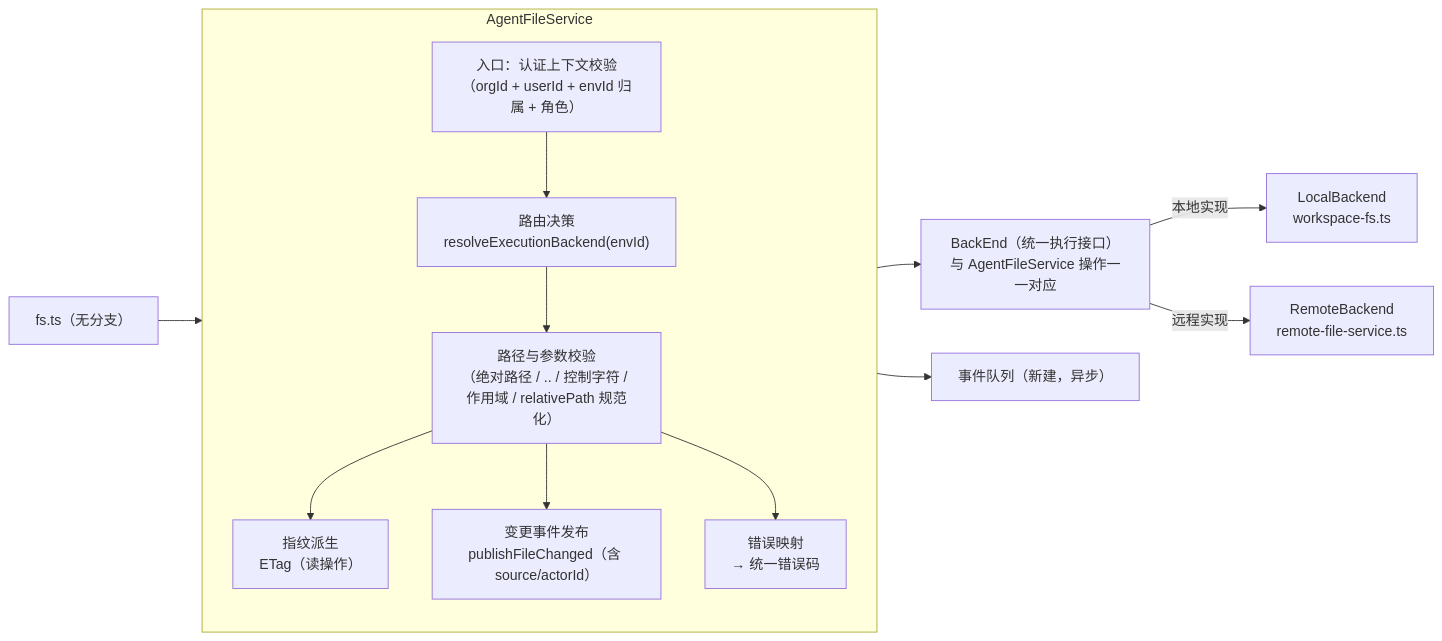
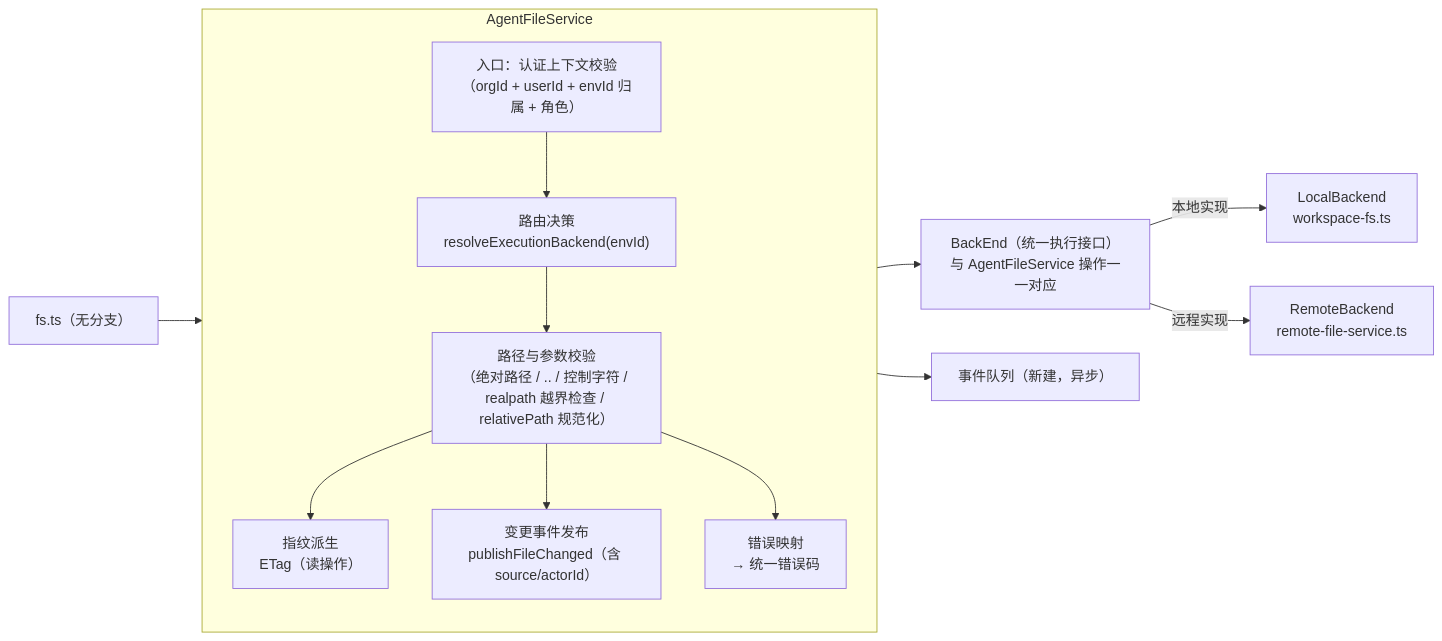
One commit to HuangPuStar/FenixAgent changed the second of 5 diagrams in docs/arch/12-files.md. Above: the diagram before and after it, drawn with Mermaid. The commit also changed other lines of this file and 12 other files, not shown here.

````diff
--- a/docs/arch/12-files.md
+++ b/docs/arch/12-files.md
@@ -85,26 +85,26 @@
 ```mermaid
 flowchart LR
     subgraph AFS["AgentFileService"]
         direction TB
         GATE["入口：认证上下文校验\n（orgId + userId + envId 归属 + 角色）"]
         DECIDE["路由决策\nresolveExecutionBackend(envId)"]
-        VALIDATE["路径与参数校验\n（绝对路径 / .. / 控制字符 / 作用域 / relativePath 规范化）"]
+        VALIDATE["路径与参数校验\n（绝对路径 / .. / 控制字符 / realpath 越界检查 / relativePath 规范化）"]
         FINGER["指纹派生\nETag（读操作）"]
         MAP["错误映射\n→ 统一错误码"]
         PUB["变更事件发布\npublishFileChanged（含 source/actorId）"]
         GATE --> DECIDE --> VALIDATE
         VALIDATE --> FINGER
         VALIDATE --> PUB
         VALIDATE --> MAP
     end
 
     BE["BackEnd（统一执行接口）\n与 AgentFileService 操作一一对应"]
     LB["LocalBackend\nworkspace-fs.ts"]
     RB["RemoteBackend\nremote-file-service.ts"]
 
     ROUTES["fs.ts（无分支）"] --> GATE
     VALIDATE --> BE
     BE -->|"本地实现"| LB
     BE -->|"远程实现"| RB
     PUB --> EV["事件队列（新建，异步）"]
 ```
````
